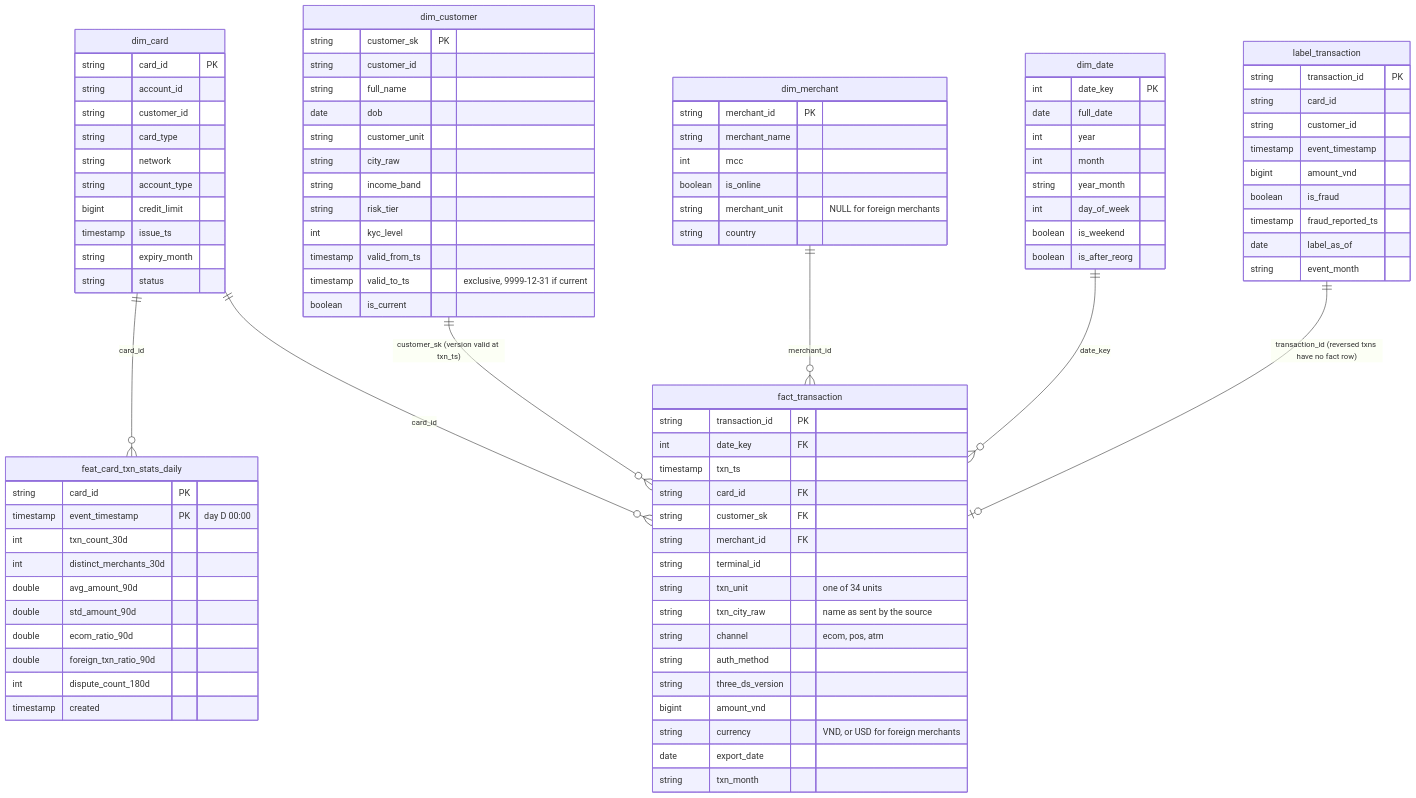
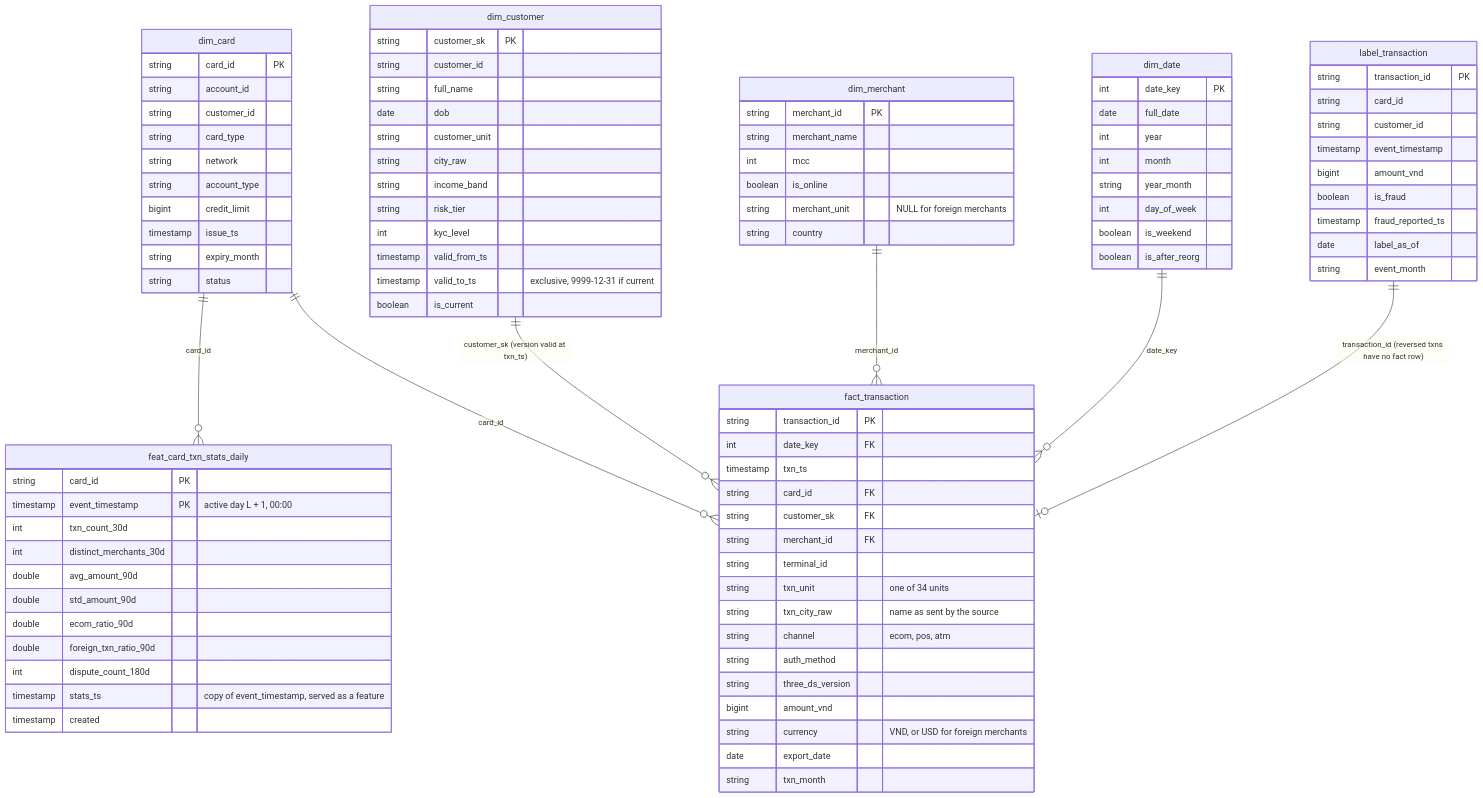
Before and after one commit to cvinhnguyen/card-fraud-platform: the diagram in docs/schema_design.md, drawn with Mermaid. The commit also changed other lines of this file and 52 other files, not shown here.

````diff
--- a/docs/schema_design.md
+++ b/docs/schema_design.md
@@ -131,7 +131,7 @@
     }
     feat_card_txn_stats_daily {
         string card_id PK
-        timestamp event_timestamp PK "day D 00:00"
+        timestamp event_timestamp PK "active day L + 1, 00:00"
         int txn_count_30d
         int distinct_merchants_30d
         double avg_amount_90d
@@ -139,6 +139,7 @@
         double ecom_ratio_90d
         double foreign_txn_ratio_90d
         int dispute_count_180d
+        timestamp stats_ts "copy of event_timestamp, served as a feature"
         timestamp created
     }
 ```
````
